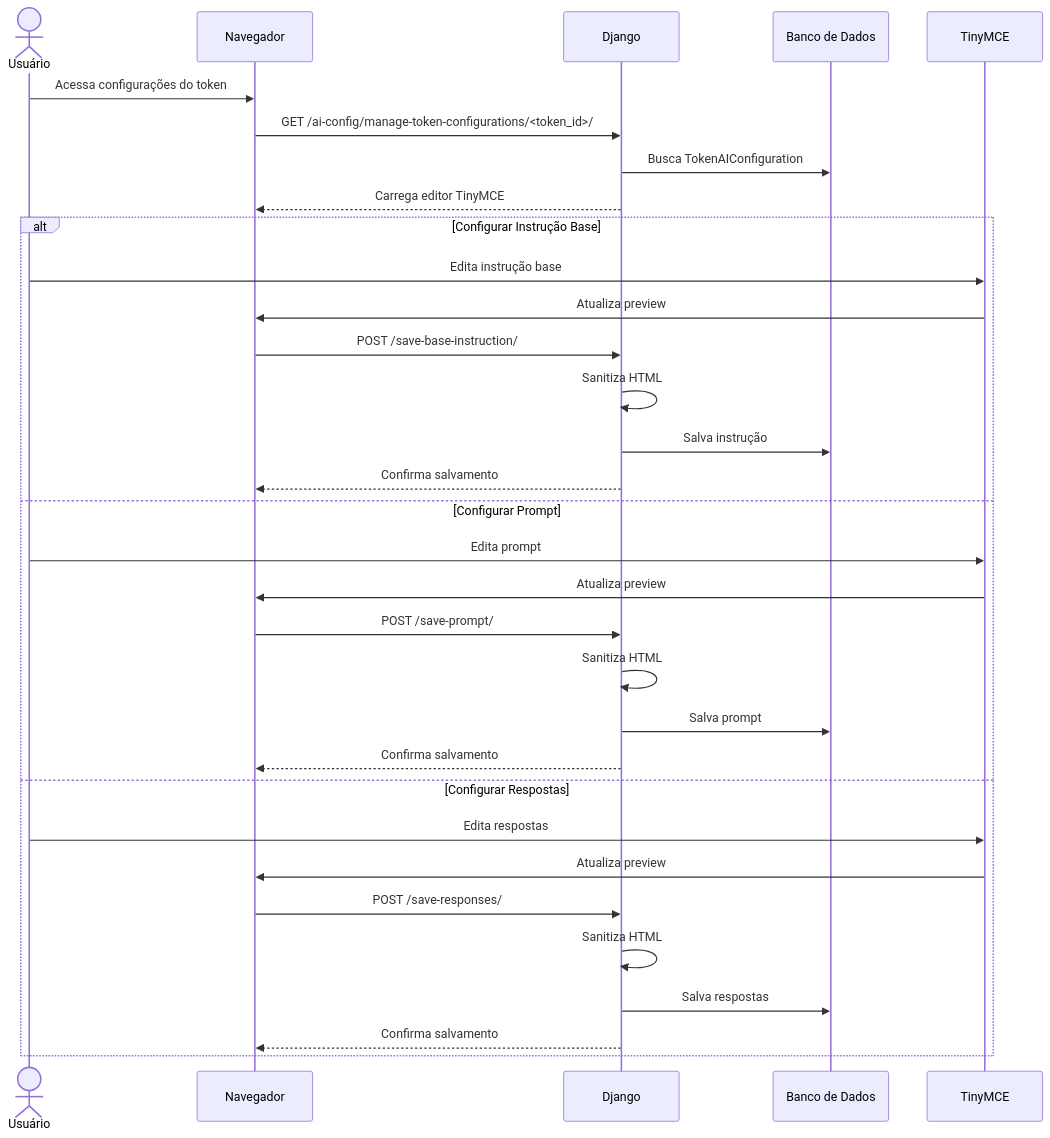
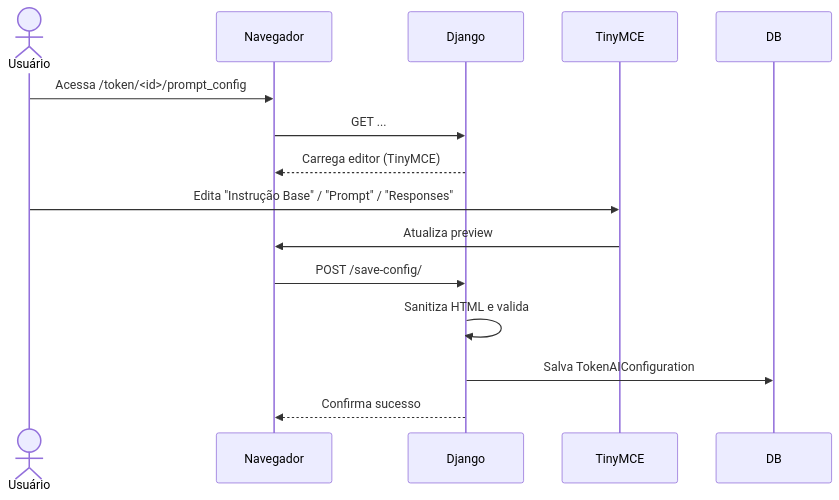
One commit to diegogrosmann/EnsinaNet.AI changed the tenth of 33 diagrams in README.md. Above: the diagram before and after it, drawn with Mermaid. The commit also changed other lines of this file and 52 other files, not shown here.

````diff
--- a/README.md
+++ b/README.md
@@ -785,36 +727,18 @@
 ```mermaid
 sequenceDiagram
     actor U as Usuário
     participant N as Navegador
     participant D as Django
-    participant DB as Banco de Dados
-    participant TC as TinyMCE
+    participant T as TinyMCE
 
-    U->>N: Acessa configurações do token
-    N->>D: GET /ai-config/manage-token-configurations/<token_id>/
-    D->>DB: Busca TokenAIConfiguration
-    D-->>N: Carrega editor TinyMCE
+    U->>N: Acessa /token/<id>/prompt_config
+    N->>D: GET ...
+    D-->>N: Carrega editor (TinyMCE)
 
-    alt Configurar Instrução Base
-        U->>TC: Edita instrução base
-        TC->>N: Atualiza preview
-        N->>D: POST /save-base-instruction/
-        D->>D: Sanitiza HTML
-        D->>DB: Salva instrução
-        D-->>N: Confirma salvamento
-    else Configurar Prompt
-        U->>TC: Edita prompt
-        TC->>N: Atualiza preview
-        N->>D: POST /save-prompt/
-        D->>D: Sanitiza HTML
-        D->>DB: Salva prompt
-        D-->>N: Confirma salvamento
-    else Configurar Respostas
-        U->>TC: Edita respostas
-        TC->>N: Atualiza preview
-        N->>D: POST /save-responses/
-        D->>D: Sanitiza HTML
-        D->>DB: Salva respostas
-        D-->>N: Confirma salvamento
-    end
+    U->>T: Edita "Instrução Base" / "Prompt" / "Responses"
+    T->>N: Atualiza preview
+    N->>D: POST /save-config/
+    D->>D: Sanitiza HTML e valida
+    D->>DB: Salva TokenAIConfiguration
+    D-->>N: Confirma sucesso
 ```
````
